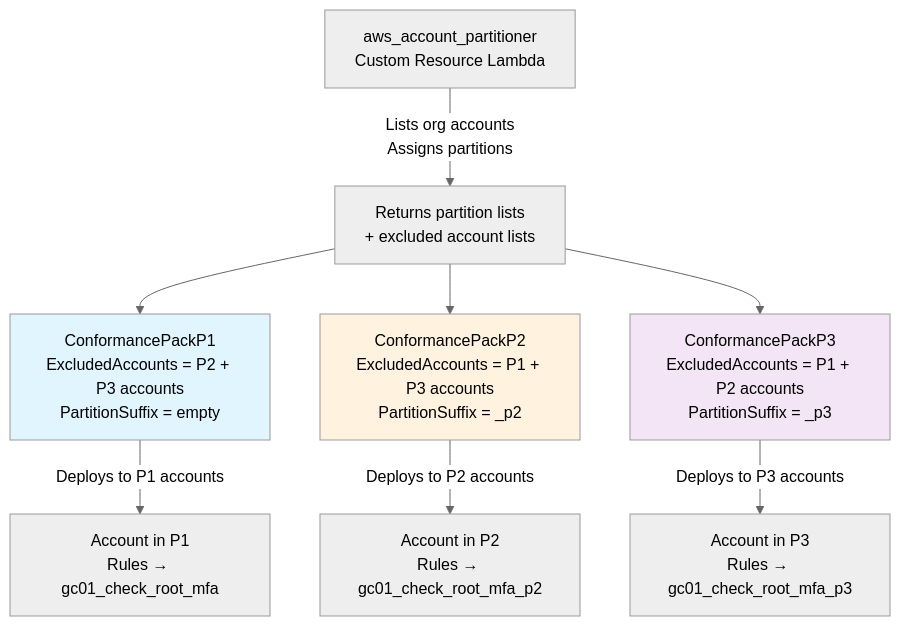
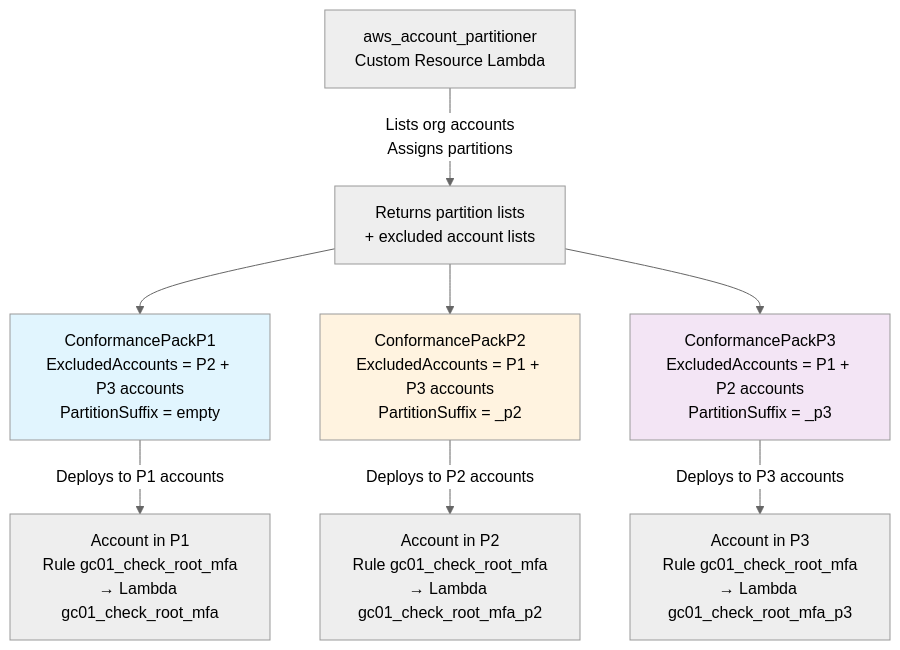
The first of 2 diagrams in doc/CONFORMANCE_PACK_OPTIONS.md (ssc-spc-ccoe-cei/aws-guardrails-cac-solution), drawn with Mermaid (neutral theme) before and after one commit. The commit also changed other lines of this file and 6 other files, not shown here.

````diff
--- a/doc/CONFORMANCE_PACK_OPTIONS.md
+++ b/doc/CONFORMANCE_PACK_OPTIONS.md
@@ -91,16 +91,16 @@
 ```mermaid
 flowchart TD
     A[aws_account_partitioner<br/>Custom Resource Lambda] -->|Lists org accounts<br/>Assigns partitions| B[Returns partition lists<br/>+ excluded account lists]
     
     B --> C1[ConformancePackP1<br/>ExcludedAccounts = P2 + P3 accounts<br/>PartitionSuffix = empty]
     B --> C2[ConformancePackP2<br/>ExcludedAccounts = P1 + P3 accounts<br/>PartitionSuffix = _p2]
     B --> C3[ConformancePackP3<br/>ExcludedAccounts = P1 + P2 accounts<br/>PartitionSuffix = _p3]
 
-    C1 -->|Deploys to P1 accounts| D1[Account in P1<br/>Rules → gc01_check_root_mfa]
-    C2 -->|Deploys to P2 accounts| D2[Account in P2<br/>Rules → gc01_check_root_mfa_p2]
-    C3 -->|Deploys to P3 accounts| D3[Account in P3<br/>Rules → gc01_check_root_mfa_p3]
+    C1 -->|Deploys to P1 accounts| D1[Account in P1<br/>Rule gc01_check_root_mfa<br/>→ Lambda gc01_check_root_mfa]
+    C2 -->|Deploys to P2 accounts| D2[Account in P2<br/>Rule gc01_check_root_mfa<br/>→ Lambda gc01_check_root_mfa_p2]
+    C3 -->|Deploys to P3 accounts| D3[Account in P3<br/>Rule gc01_check_root_mfa<br/>→ Lambda gc01_check_root_mfa_p3]
 
     style C1 fill:#e1f5fe
     style C2 fill:#fff3e0
     style C3 fill:#f3e5f5
 ```
````
